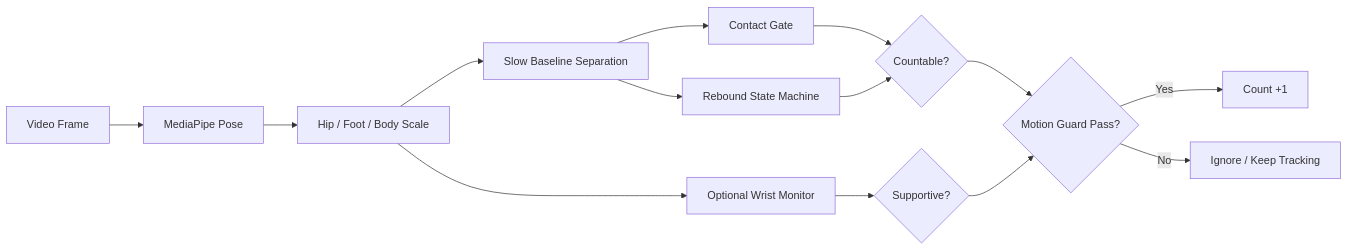
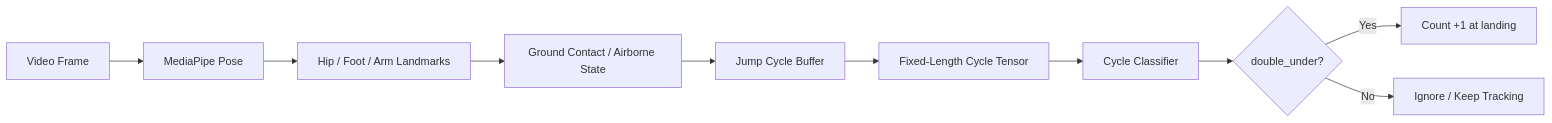
One commit to Hooneybadger/jump-rope-detector changed the first of 5 diagrams in double_jump/README.md. Above: the diagram before and after it, drawn with Mermaid. The commit also changed other lines of this file and 20 other files, not shown here.

````diff
--- a/double_jump/README.md
+++ b/double_jump/README.md
@@ -17,16 +16,12 @@
 ```mermaid
 flowchart LR
     A[Video Frame] --> B[MediaPipe Pose]
-    B --> C[Hip / Foot / Body Scale]
-    C --> D[Slow Baseline Separation]
-    D --> E[Contact Gate]
-    D --> F[Rebound State Machine]
-    C --> G[Optional Wrist Monitor]
-    E --> H{Countable?}
-    F --> H
-    G --> I{Supportive?}
-    H --> J{Motion Guard Pass?}
-    I --> J
-    J -->|Yes| K[Count +1]
-    J -->|No| L[Ignore / Keep Tracking]
+    B --> C[Hip / Foot / Arm Landmarks]
+    C --> D[Ground Contact / Airborne State]
+    D --> E[Jump Cycle Buffer]
+    E --> F[Fixed-Length Cycle Tensor]
+    F --> G[Cycle Classifier]
+    G --> H{double_under?}
+    H -->|Yes| I[Count +1 at landing]
+    H -->|No| J[Ignore / Keep Tracking]
 ```
````
